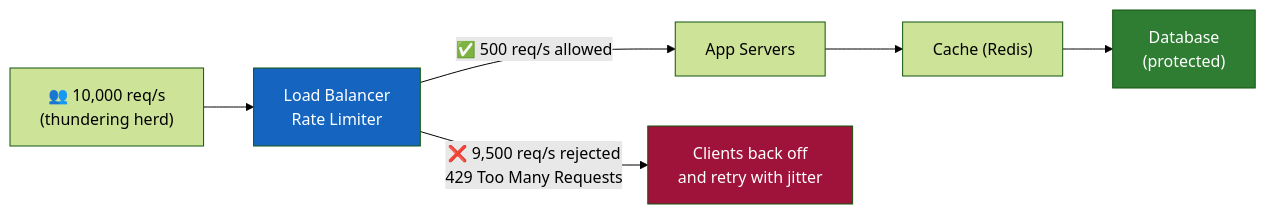
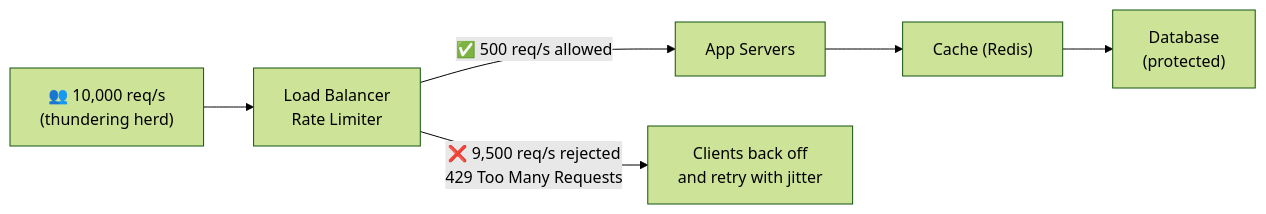
The seventh of 9 diagrams in src/content/blog/thundering-herd.md (g-savitha/gsavitha.in), drawn with Mermaid (forest theme) before and after one commit. The commit also changed other lines of this file and 5 other files, not shown here.

Commit message:
Mermaid: move every post colour into one PALETTE; posts use named classes only

````diff
--- a/src/content/blog/thundering-herd.md
+++ b/src/content/blog/thundering-herd.md
@@ -375,12 +375,12 @@
 ```mermaid
 flowchart LR
     Users["👥 10,000 req/s\n(thundering herd)"] --> LB["Load Balancer\nRate Limiter"]
     LB -->|"✅ 500 req/s allowed"| App["App Servers"]
     LB -->|"❌ 9,500 req/s rejected\n429 Too Many Requests"| Drop["Clients back off\nand retry with jitter"]
     App --> Cache["Cache (Redis)"]
     Cache --> DB["Database\n(protected)"]
 
-    style LB fill:#1565c0,color:#fff
-    style Drop fill:#9f1239,color:#fff
-    style DB fill:#2e7d32,color:#fff
+    class LB cobalt
+    class Drop maroon
+    class DB forest
 ```
````
